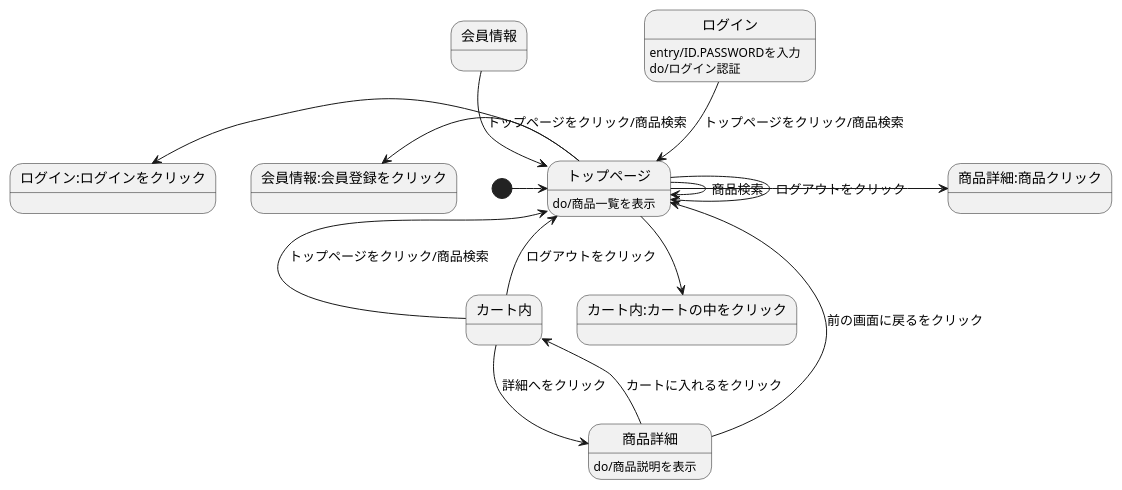
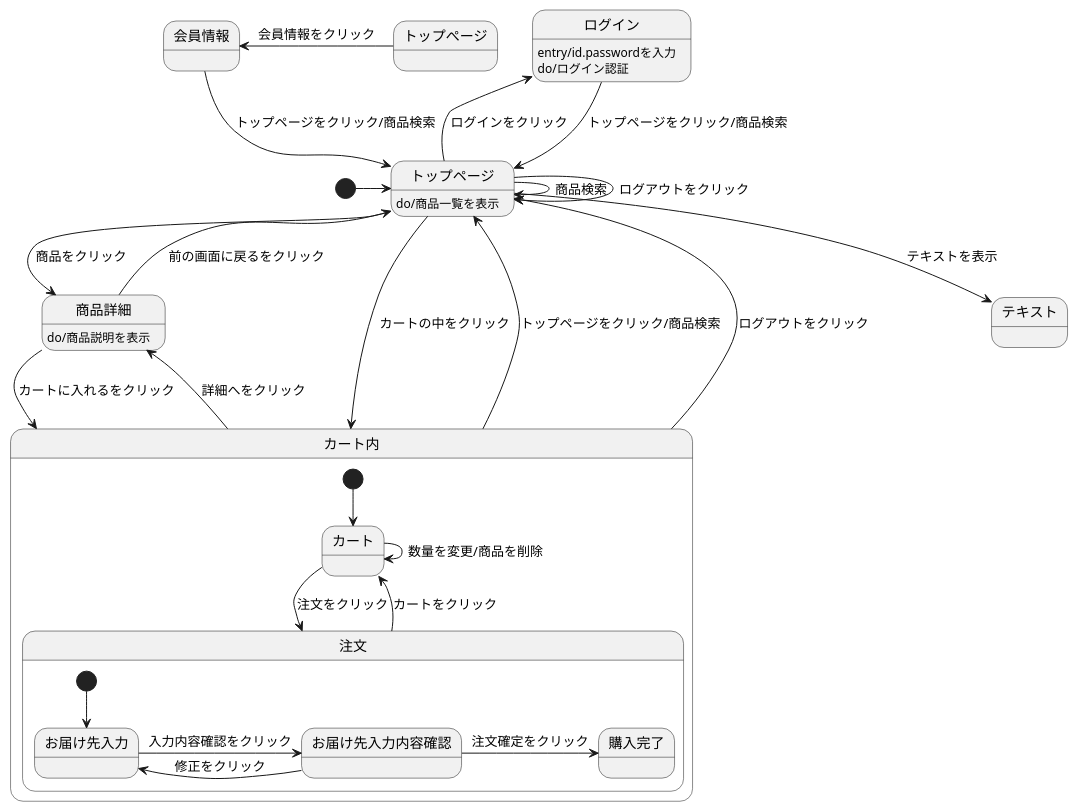
One commit to Aso2001006/2021sys-design changed the diagram in 画面遷移図.md. Above: the diagram before and after it, drawn with PlantUML.

````diff
--- a/画面遷移図.md
+++ b/画面遷移図.md
@@ -1,22 +1,45 @@
-```UML
+```uml
+
 @startuml
-[*] -> トップページ
-会員情報 --> トップページ : トップページをクリック/商品検索
-ログイン --> トップページ : トップページをクリック/商品検索
-ログイン:entry/ID.PASSWORDを入力
-ログイン:do/ログイン認証
-トップページ --> トップページ : ログアウトをクリック
-トップページ -> トップページ : 商品検索
-トップページ ->商品詳細:商品クリック
-トップページ -left-> 会員情報:会員登録をクリック
-トップページ -left-> ログイン:ログインをクリック
-トップページ --> カート内:カートの中をクリック
-トップページ : do/商品一覧を表示
-商品詳細 --> カート内 : カートに入れるをクリック
-商品詳細 --> トップページ : 前の画面に戻るをクリック
+[*] -> トップページ 
+
+会員情報 --> トップページ : トップページをクリック/商品検索 
+ログイン --> トップページ : トップページをクリック/商品検索 
+ログイン : entry/id.passwordを入力 
+ログイン : do/ログイン認証 
+
+トップページ --> トップページ : ログアウトをクリック 
+トップページ -> トップページ : 商品検索 
+トップページ -> 商品詳細 : 商品をクリック 
+トップぺージ -left-> 会員情報 : 会員情報をクリック 
+トップページ -left-> ログイン : ログインをクリック 
+トップページ --> カート内 : カートの中をクリック 
+トップページ --> テキスト : テキストを表示
+トップページ : do/商品一覧を表示 
+
+商品詳細 --> カート内 : カートに入れるをクリック 
+商品詳細 --> トップページ : 前の画面に戻るをクリック 
 商品詳細 : do/商品説明を表示
-カート内 -up-> トップページ : トップページをクリック/商品検索
-カート内 -up-> トップページ : ログアウトをクリック
-カート内 -> 商品詳細 : 詳細へをクリック
+
+ 
+
+カート内 -up-> トップページ : トップページをクリック/商品検索 
+カート内 -up-> トップページ : ログアウトをクリック 
+カート内 -> 商品詳細 : 詳細へをクリック 
+
+state カート内 { 
+  [*] --> カート 
+  カート -> 注文 : 注文をクリック 
+  カート -> カート : 数量を変更/商品を削除 
+  注文 --> カート : カートをクリック 
+
+  state 注文 { 
+    [*] --> お届け先入力 
+    お届け先入力 -> お届け先入力内容確認 : 入力内容確認をクリック 
+    お届け先入力内容確認 -> お届け先入力 : 修正をクリック 
+    お届け先入力内容確認 -> 購入完了 : 注文確定をクリック 
+  } 
+}
 @enduml
+
 ```
````
